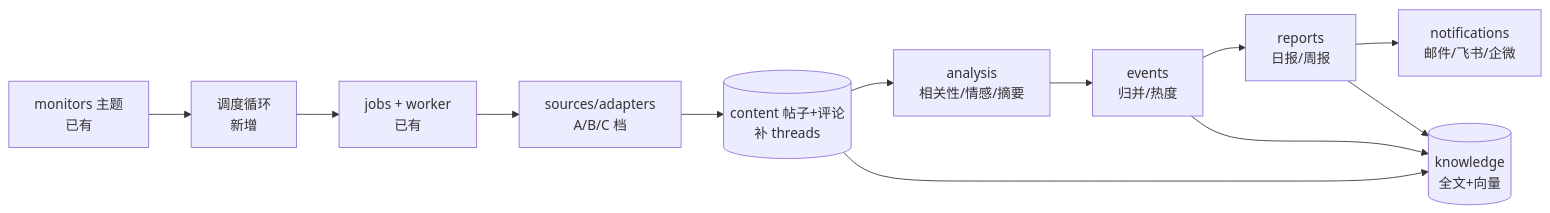
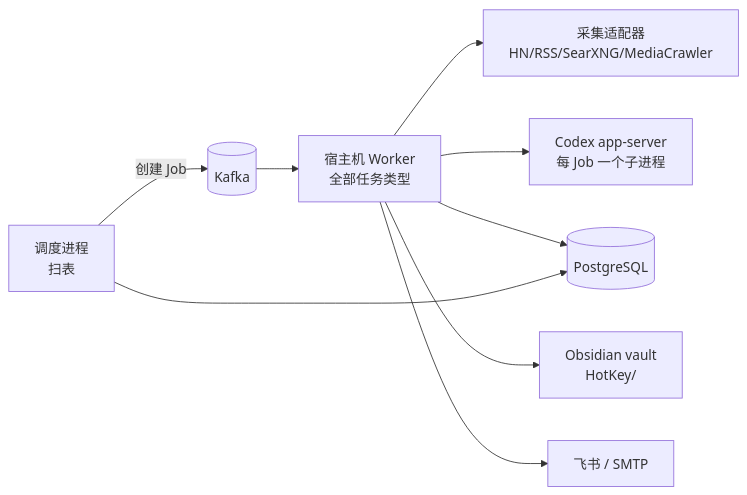
One commit to StephenQiu30/Ripplesight changed the diagram in docs/design/001-热点舆情监控平台总体设计.md. Above: the diagram before and after it, drawn with Mermaid. The commit also changed other lines of this file and 7 other files, not shown here.

````diff
--- a/docs/design/001-热点舆情监控平台总体设计.md
+++ b/docs/design/001-热点舆情监控平台总体设计.md
@@ -46,14 +62,11 @@
 ```mermaid
 flowchart LR
-  M[monitors 主题<br/>已有] --> S[调度循环<br/>新增]
-  S --> J[jobs + worker<br/>已有]
-  J --> A[sources/adapters<br/>A/B/C 档]
-  A --> C[(content 帖子+评论<br/>补 threads)]
-  C --> AN[analysis<br/>相关性/情感/摘要]
-  AN --> E[events<br/>归并/热度]
-  E --> R[reports<br/>日报/周报]
-  R --> N[notifications<br/>邮件/飞书/企微]
-  C --> K[(knowledge<br/>全文+向量)]
-  E --> K
-  R --> K
+  SCH[调度进程<br/>扫表] -->|创建 Job| K[(Kafka)]
+  K --> W[宿主机 Worker<br/>全部任务类型]
+  W --> SRC[采集适配器<br/>HN/RSS/SearXNG/MediaCrawler]
+  W --> AI[Codex app-server<br/>每 Job 一个子进程]
+  W --> DB[(PostgreSQL)]
+  SCH --> DB
+  W --> OBS[Obsidian vault<br/>HotKey/]
+  W --> PUSH[飞书 / SMTP]
 ```
````
